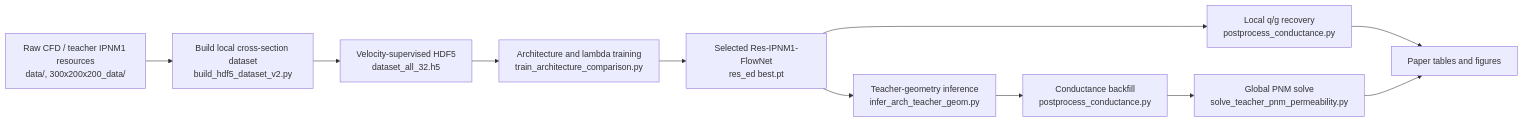
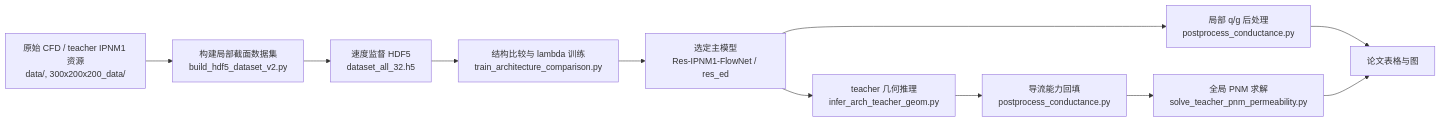
Before and after one commit to nnlnvv8700/pore: the diagram in README.md, drawn with Mermaid. The commit also changed other lines of this file, not shown here.

````diff
--- a/README.md
+++ b/README.md
@@ -63,13 +51,13 @@
 ```mermaid
 flowchart LR
-    A["Raw CFD / teacher IPNM1 resources<br/>data/, 300x200x200_data/"] --> B["Build local cross-section dataset<br/>build_hdf5_dataset_v2.py"]
-    B --> C["Velocity-supervised HDF5<br/>dataset_all_32.h5"]
-    C --> D["Architecture and lambda training<br/>train_architecture_comparison.py"]
-    D --> E["Selected Res-IPNM1-FlowNet<br/>res_ed best.pt"]
-    E --> F["Local q/g recovery<br/>postprocess_conductance.py"]
-    E --> G["Teacher-geometry inference<br/>infer_arch_teacher_geom.py"]
-    G --> H["Conductance backfill<br/>postprocess_conductance.py"]
-    H --> I["Global PNM solve<br/>solve_teacher_pnm_permeability.py"]
-    F --> J["Paper tables and figures"]
+    A["原始 CFD / teacher IPNM1 资源<br/>data/, 300x200x200_data/"] --> B["构建局部截面数据集<br/>build_hdf5_dataset_v2.py"]
+    B --> C["速度监督 HDF5<br/>dataset_all_32.h5"]
+    C --> D["结构比较与 lambda 训练<br/>train_architecture_comparison.py"]
+    D --> E["选定主模型<br/>Res-IPNM1-FlowNet / res_ed"]
+    E --> F["局部 q/g 后处理<br/>postprocess_conductance.py"]
+    E --> G["teacher 几何推理<br/>infer_arch_teacher_geom.py"]
+    G --> H["导流能力回填<br/>postprocess_conductance.py"]
+    H --> I["全局 PNM 求解<br/>solve_teacher_pnm_permeability.py"]
+    F --> J["论文表格与图"]
     I --> J
 ```
````
